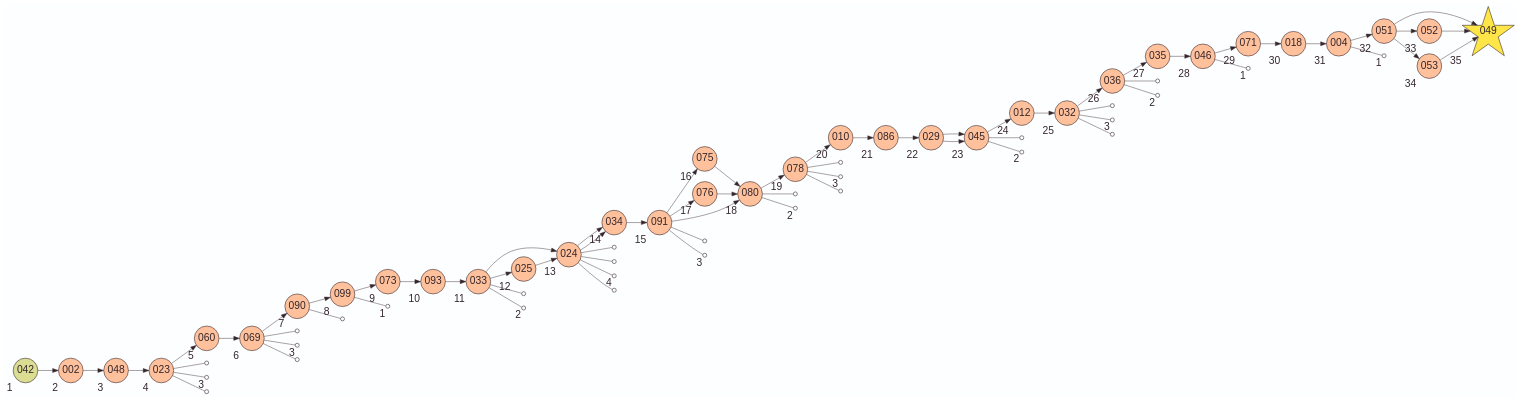
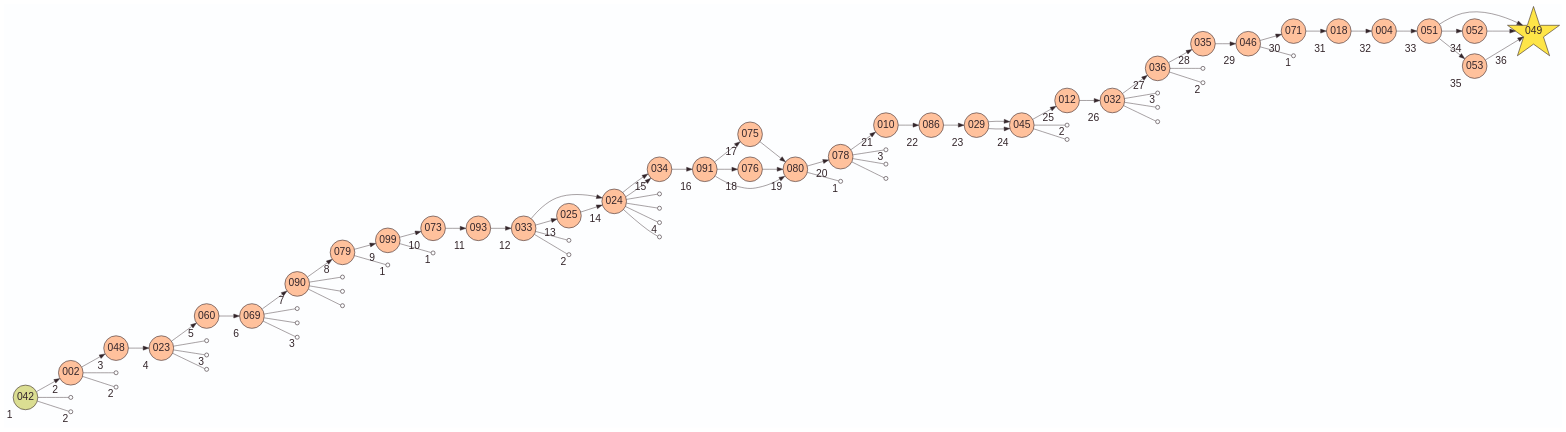
The diagram in en/mysql/output/activity_map.gv (laowantong/sqlab_island), drawn with Graphviz before and after one commit. The commit also changed 10 other files, not shown here.

```diff
--- a/en/mysql/output/activity_map.gv
+++ b/en/mysql/output/activity_map.gv
@@ -1,164 +1,172 @@
 digraph G {
     layout=dot
     rankdir=LR
     bgcolor="#FDFEFF"
     edge [color="#34262B" penwidth=0.75]
     node [
         shape=star
         fixedsize=true
         width=0.3
         height=0.3
         fillcolor="#FEE548"
         color="#34262B"
         fontcolor="#34262B"
         fontsize=18
         penwidth=1
         style=filled
         label=""
     ]
     
     node [width=1.2 height=1.2 fontname=Helvetica label="\N"]
     049
     node [ width=0.6 height=0.6 shape=circle fillcolor="#FFC19C"]
-    024 [xlabel=13]
-    018 [xlabel=30]
+    002 [xlabel=2]
+    004 [xlabel=32]
+    010 [xlabel=21]
+    012 [xlabel=25]
+    018 [xlabel=31]
+    023 [xlabel=4]
+    024 [xlabel=14]
+    025 [xlabel=13]
+    029 [xlabel=23]
+    032 [xlabel=26]
+    033 [xlabel=12]
+    034 [xlabel=15]
+    035 [xlabel=28]
+    036 [xlabel=27]
+    045 [xlabel=24]
+    046 [xlabel=29]
+    048 [xlabel=3]
+    049 [xlabel=36]
+    051 [xlabel=33]
+    052 [xlabel=34]
+    053 [xlabel=35]
     060 [xlabel=5]
-    073 [xlabel=9]
+    069 [xlabel=6]
+    071 [xlabel=30]
+    073 [xlabel=10]
+    075 [xlabel=17]
+    076 [xlabel=18]
+    078 [xlabel=20]
+    079 [xlabel=8]
+    080 [xlabel=19]
+    086 [xlabel=22]
     090 [xlabel=7]
-    012 [xlabel=24]
-    004 [xlabel=31]
-    048 [xlabel=3]
-    045 [xlabel=23]
-    093 [xlabel=10]
-    099 [xlabel=8]
-    025 [xlabel=12]
-    029 [xlabel=22]
-    046 [xlabel=28]
-    075 [xlabel=16]
-    071 [xlabel=29]
-    023 [xlabel=4]
-    002 [xlabel=2]
-    034 [xlabel=14]
-    052 [xlabel=33]
-    076 [xlabel=17]
-    051 [xlabel=32]
-    078 [xlabel=19]
-    086 [xlabel=21]
-    053 [xlabel=34]
-    091 [xlabel=15]
-    033 [xlabel=11]
-    069 [xlabel=6]
-    010 [xlabel=20]
-    032 [xlabel=25]
-    080 [xlabel=18]
-    049 [xlabel=35]
-    035 [xlabel=27]
-    036 [xlabel=26]
+    091 [xlabel=16]
+    093 [xlabel=11]
+    099 [xlabel=9]
     node [fillcolor="#DBDE92"]
     
     042 [xlabel=1]
     
+    002 -> 048
+    004 -> 051
+    010 -> 086
+    012 -> 032
+    018 -> 004
+    023 -> 060
+    024 -> 034
+    024 -> 034
+    025 -> 024
+    029 -> 045
+    029 -> 045
+    032 -> 036
+    033 -> 024
+    033 -> 025
+    034 -> 091
+    035 -> 046
+    036 -> 035
     042 -> 002
-    002 -> 048
+    045 -> 012
+    046 -> 071
     048 -> 023
-    023 -> 060
+    051 -> 049
+    051 -> 052
+    051 -> 053
+    052 -> 049
+    053 -> 049
     060 -> 069
     069 -> 090
-    090 -> 099
-    099 -> 073
+    071 -> 018
     073 -> 093
-    093 -> 033
-    033 -> 024
-    033 -> 025
-    025 -> 024
-    024 -> 034
-    024 -> 034
-    034 -> 091
-    091 -> 080
+    075 -> 080
+    076 -> 080
+    078 -> 010
+    079 -> 099
+    080 -> 078
+    086 -> 029
+    090 -> 079
     091 -> 075
     091 -> 076
-    075 -> 080
-    076 -> 080
-    080 -> 078
-    078 -> 010
-    010 -> 086
-    086 -> 029
-    029 -> 045
-    029 -> 045
-    045 -> 012
-    012 -> 032
-    032 -> 036
-    036 -> 035
-    035 -> 046
-    046 -> 071
-    071 -> 018
-    018 -> 004
-    004 -> 051
-    051 -> 052
-    051 -> 053
-    051 -> 049
-    052 -> 049
-    053 -> 049
+    091 -> 080
+    093 -> 033
+    099 -> 073
     node [width=0.1 height=0.1 label="" fillcolor=none]
-    50457013926347
-    47890482868936 [xlabel=3]
-    37150133620128
-    71218742664725
-    75420150557596 [xlabel=3]
-    72792619708639
-    29293607320320
-    14915938923952 [xlabel=1]
+    128655226577199
+    136221754469805 [xlabel=2]
+    136974024208867
     138282073330312
     138996212731035 [xlabel=2]
+    140206456605608 [xlabel=2]
+    14915938923952 [xlabel=1]
+    161821468565730
+    165888542179420
+    166013587439609 [xlabel=4]
     167117019028817
-    161821468565730
-    166013587439609 [xlabel=4]
-    165888542179420
-    24919761524173
-    25101277790992 [xlabel=3]
-    27912063284788
-    18257904005745 [xlabel=2]
+    18186036980160
+    18786734952407
+    193594500728372 [xlabel=1]
+    218198158603602 [xlabel=2]
+    238466580765852
+    270524817733798
+    27493202200923
+    278716494646762 [xlabel=2]
+    28359990687086 [xlabel=1]
+    34285849059910 [xlabel=3]
     34285849060722
-    34285849059910 [xlabel=3]
     34285849061160
-    238466580765852
-    218198158603602 [xlabel=2]
+    37150133620128
+    37373906110135 [xlabel=3]
+    44650742398740 [xlabel=1]
+    47890482868936 [xlabel=3]
+    48955627140666
+    50457013926347
     51796000688695
-    37373906110135 [xlabel=3]
-    48955627140666
-    128655226577199
-    136221754469805 [xlabel=2]
-    193594500728372 [xlabel=1]
-    66098661366712 [xlabel=1]
+    71218742664725
+    72792619708639
+    75420150557596 [xlabel=3]
     edge [arrowhead=none]
+    002 -> 136974024208867
+    002 -> 140206456605608
+    023 -> 37150133620128
+    023 -> 47890482868936
     023 -> 50457013926347
-    023 -> 47890482868936
-    023 -> 37150133620128
-    069 -> 71218742664725
-    069 -> 75420150557596
-    069 -> 72792619708639
-    090 -> 29293607320320
-    099 -> 14915938923952
+    024 -> 161821468565730
+    024 -> 165888542179420
+    024 -> 166013587439609
+    024 -> 167117019028817
+    032 -> 37373906110135
+    032 -> 48955627140666
+    032 -> 51796000688695
     033 -> 138282073330312
     033 -> 138996212731035
-    024 -> 167117019028817
-    024 -> 161821468565730
-    024 -> 166013587439609
-    024 -> 165888542179420
-    091 -> 24919761524173
-    091 -> 25101277790992
-    080 -> 27912063284788
-    080 -> 18257904005745
-    078 -> 34285849060722
-    078 -> 34285849059910
-    078 -> 34285849061160
-    045 -> 238466580765852
-    045 -> 218198158603602
-    032 -> 51796000688695
-    032 -> 37373906110135
-    032 -> 48955627140666
     036 -> 128655226577199
     036 -> 136221754469805
+    042 -> 270524817733798
+    042 -> 278716494646762
+    045 -> 218198158603602
+    045 -> 238466580765852
     046 -> 193594500728372
-    004 -> 66098661366712
+    069 -> 71218742664725
+    069 -> 72792619708639
+    069 -> 75420150557596
+    078 -> 34285849059910
+    078 -> 34285849060722
+    078 -> 34285849061160
+    079 -> 44650742398740
+    080 -> 28359990687086
+    090 -> 18186036980160
+    090 -> 18786734952407
+    090 -> 27493202200923
+    099 -> 14915938923952
 }
```
